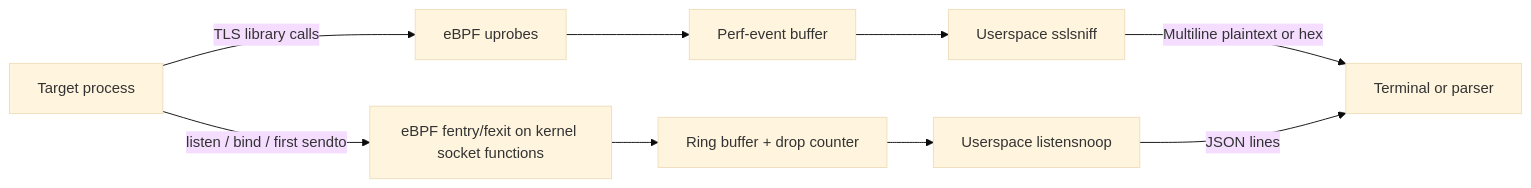
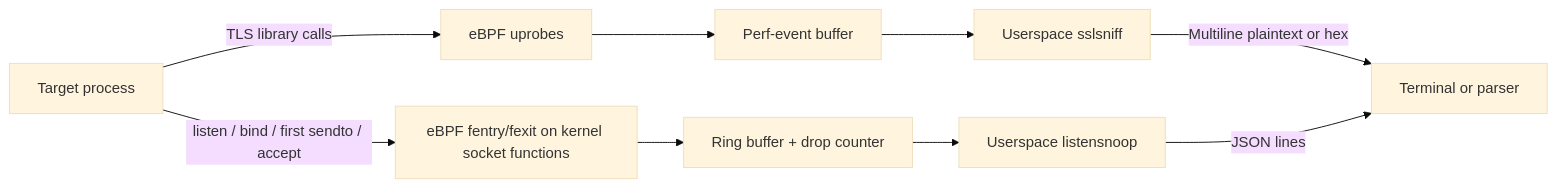
The diagram in README.md (datrail/ebpf-tls-tap), drawn with Mermaid (base theme) before and after one commit. The commit also changed other lines of this file and 4 other files, not shown here.

````diff
--- a/README.md
+++ b/README.md
@@ -115,11 +143,11 @@
 ```mermaid
 flowchart LR
   process[Target process] -->|TLS library calls| bpf[eBPF uprobes]
   bpf --> events[Perf-event buffer]
   events --> sslsniff[Userspace sslsniff]
   sslsniff -->|Multiline plaintext or hex| output[Terminal or parser]
-  process -->|listen / bind / first sendto| kfn[eBPF fentry/fexit on kernel socket functions]
+  process -->|listen / bind / first sendto / accept| kfn[eBPF fentry/fexit on kernel socket functions]
   kfn --> ring[Ring buffer + drop counter]
   ring --> listensnoop[Userspace listensnoop]
   listensnoop -->|JSON lines| output
 ```
````
